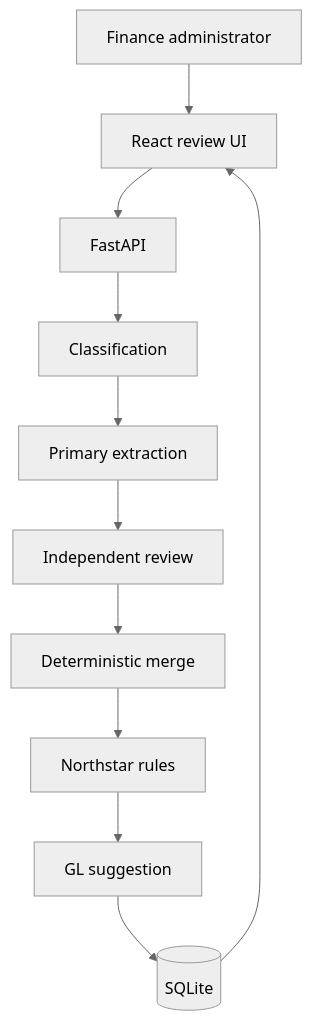
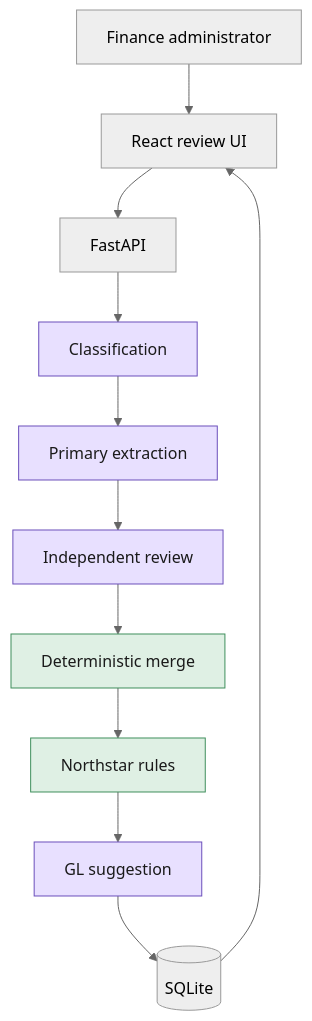
The first of 4 diagrams in docs/architecture.md (fares-ds/end-to-end-invoice-and-receipt-review-application), drawn with Mermaid (neutral theme) before and after one commit. The commit also changed other lines of this file and 4 other files, not shown here.

First line of the commit message:
docs: add mermaid diagrams for the concepts prose explains badly

````diff
--- a/docs/architecture.md
+++ b/docs/architecture.md
@@ -20,13 +20,18 @@
 ```mermaid
 flowchart TB
     user[Finance administrator] --> ui[React review UI]
     ui --> api[FastAPI]
     api --> classify[Classification]
     classify --> extract[Primary extraction]
     extract --> review[Independent review]
     review --> merge[Deterministic merge]
     merge --> rules[Northstar rules]
     rules --> gl[GL suggestion]
     gl --> db[(SQLite)]
     db --> ui
+
+    classDef model fill:#e8e0ff,stroke:#6b4fbb,color:#1a1a1a
+    classDef pure fill:#dff0e4,stroke:#3f8f5c,color:#1a1a1a
+    class classify,extract,review,gl model
+    class merge,rules pure
 ```
````
